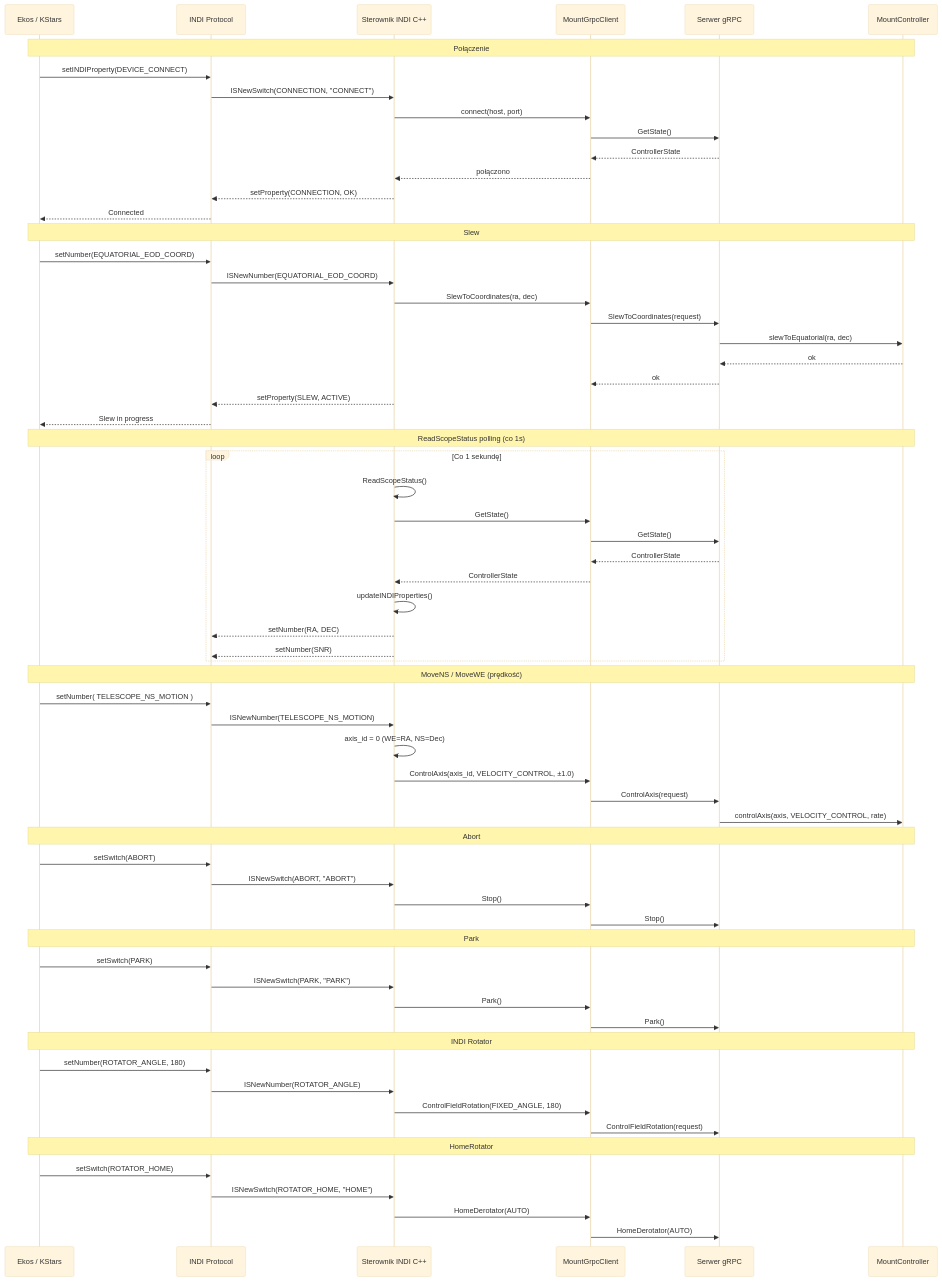
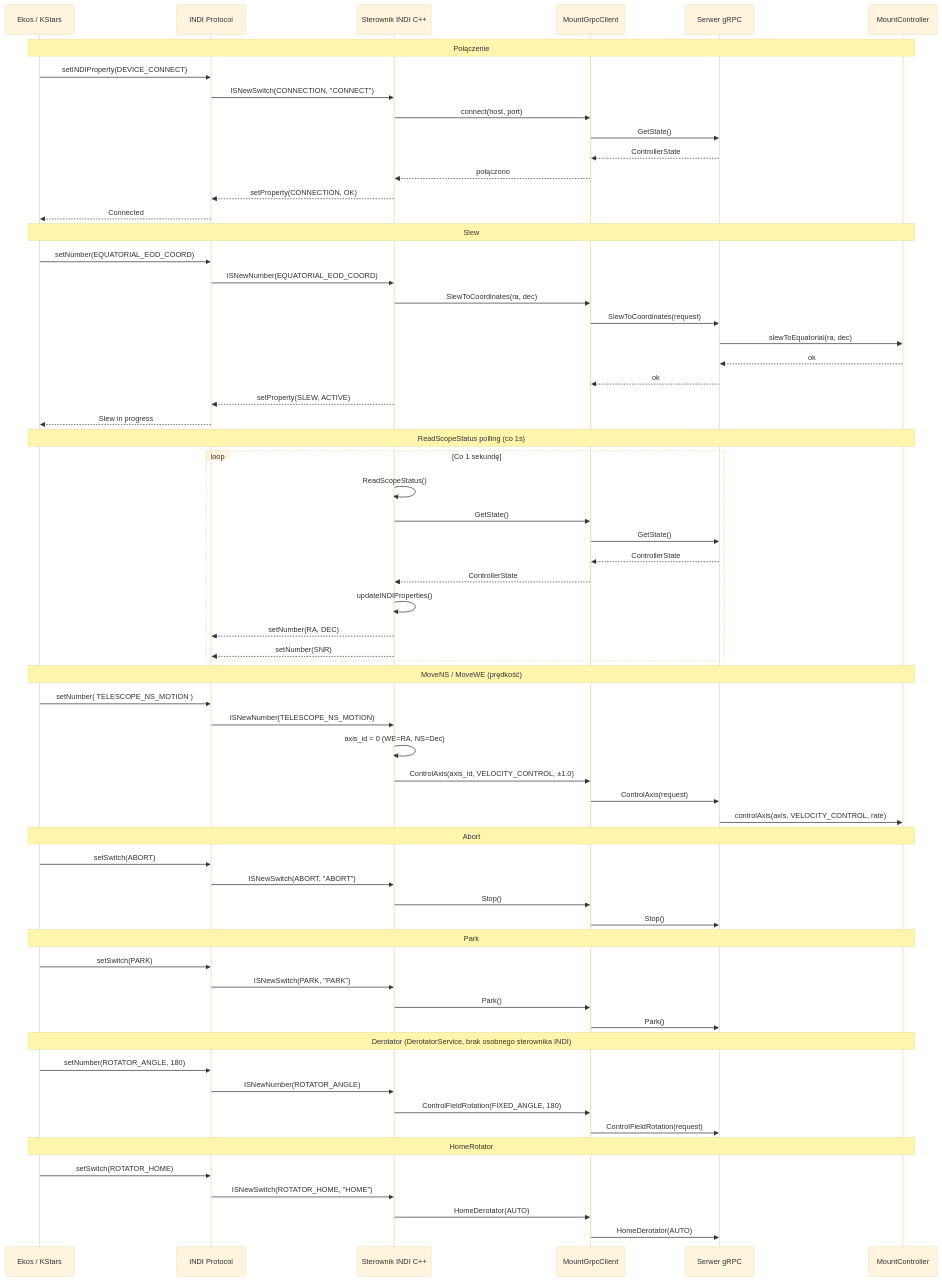
Before and after one commit to pielaszkiewicz-jacek/astro_mount_control: diagram 15 of 15 in docs/pl/przeplyw_danych.md, drawn with Mermaid (base theme). The commit also changed other lines of this file and 12 other files, not shown here.

````diff
--- a/docs/pl/przeplyw_danych.md
+++ b/docs/pl/przeplyw_danych.md
@@ -781,74 +781,74 @@
 ```mermaid
 sequenceDiagram
     participant EKOS as Ekos / KStars
     participant INDI as INDI Protocol
     participant DRV as Sterownik INDI C++
     participant GC as MountGrpcClient
     participant GRPC as Serwer gRPC
     participant MC as MountController
 
     Note over EKOS,MC: Połączenie
     EKOS->>INDI: setINDIProperty(DEVICE_CONNECT)
     INDI->>DRV: ISNewSwitch(CONNECTION, "CONNECT")
     DRV->>GC: connect(host, port)
     GC->>GRPC: GetState()
     GRPC-->>GC: ControllerState
     GC-->>DRV: połączono
     DRV-->>INDI: setProperty(CONNECTION, OK)
     INDI-->>EKOS: Connected
 
     Note over EKOS,MC: Slew
     EKOS->>INDI: setNumber(EQUATORIAL_EOD_COORD)
     INDI->>DRV: ISNewNumber(EQUATORIAL_EOD_COORD)
     DRV->>GC: SlewToCoordinates(ra, dec)
     GC->>GRPC: SlewToCoordinates(request)
     GRPC->>MC: slewToEquatorial(ra, dec)
     MC-->>GRPC: ok
     GRPC-->>GC: ok
     DRV-->>INDI: setProperty(SLEW, ACTIVE)
     INDI-->>EKOS: Slew in progress
 
     Note over EKOS,MC: ReadScopeStatus polling (co 1s)
     loop Co 1 sekundę
         DRV->>DRV: ReadScopeStatus()
         DRV->>GC: GetState()
         GC->>GRPC: GetState()
         GRPC-->>GC: ControllerState
         GC-->>DRV: ControllerState
         DRV->>DRV: updateINDIProperties()
         DRV-->>INDI: setNumber(RA, DEC)
         DRV-->>INDI: setNumber(SNR)
     end
 
     Note over EKOS,MC: MoveNS / MoveWE (prędkość)
     EKOS->>INDI: setNumber( TELESCOPE_NS_MOTION )
     INDI->>DRV: ISNewNumber(TELESCOPE_NS_MOTION)
     DRV->>DRV: axis_id = 0 (WE=RA, NS=Dec)
     DRV->>GC: ControlAxis(axis_id, VELOCITY_CONTROL, ±1.0)
     GC->>GRPC: ControlAxis(request)
     GRPC->>MC: controlAxis(axis, VELOCITY_CONTROL, rate)
 
     Note over EKOS,MC: Abort
     EKOS->>INDI: setSwitch(ABORT)
     INDI->>DRV: ISNewSwitch(ABORT, "ABORT")
     DRV->>GC: Stop()
     GC->>GRPC: Stop()
 
     Note over EKOS,MC: Park
     EKOS->>INDI: setSwitch(PARK)
     INDI->>DRV: ISNewSwitch(PARK, "PARK")
     DRV->>GC: Park()
     GC->>GRPC: Park()
 
-    Note over EKOS,MC: INDI Rotator
+    Note over EKOS,MC: Derotator (DerotatorService, brak osobnego sterownika INDI)
     EKOS->>INDI: setNumber(ROTATOR_ANGLE, 180)
     INDI->>DRV: ISNewNumber(ROTATOR_ANGLE)
     DRV->>GC: ControlFieldRotation(FIXED_ANGLE, 180)
     GC->>GRPC: ControlFieldRotation(request)
 
     Note over EKOS,MC: HomeRotator
     EKOS->>INDI: setSwitch(ROTATOR_HOME)
     INDI->>DRV: ISNewSwitch(ROTATOR_HOME, "HOME")
     DRV->>GC: HomeDerotator(AUTO)
     GC->>GRPC: HomeDerotator(AUTO)
 ```
````
